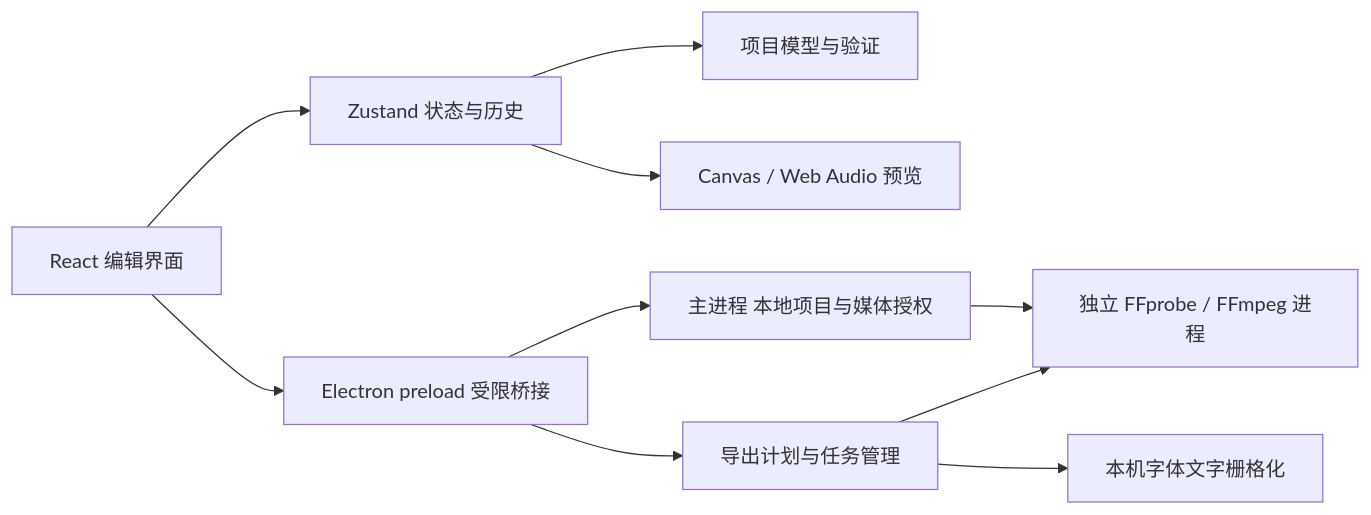
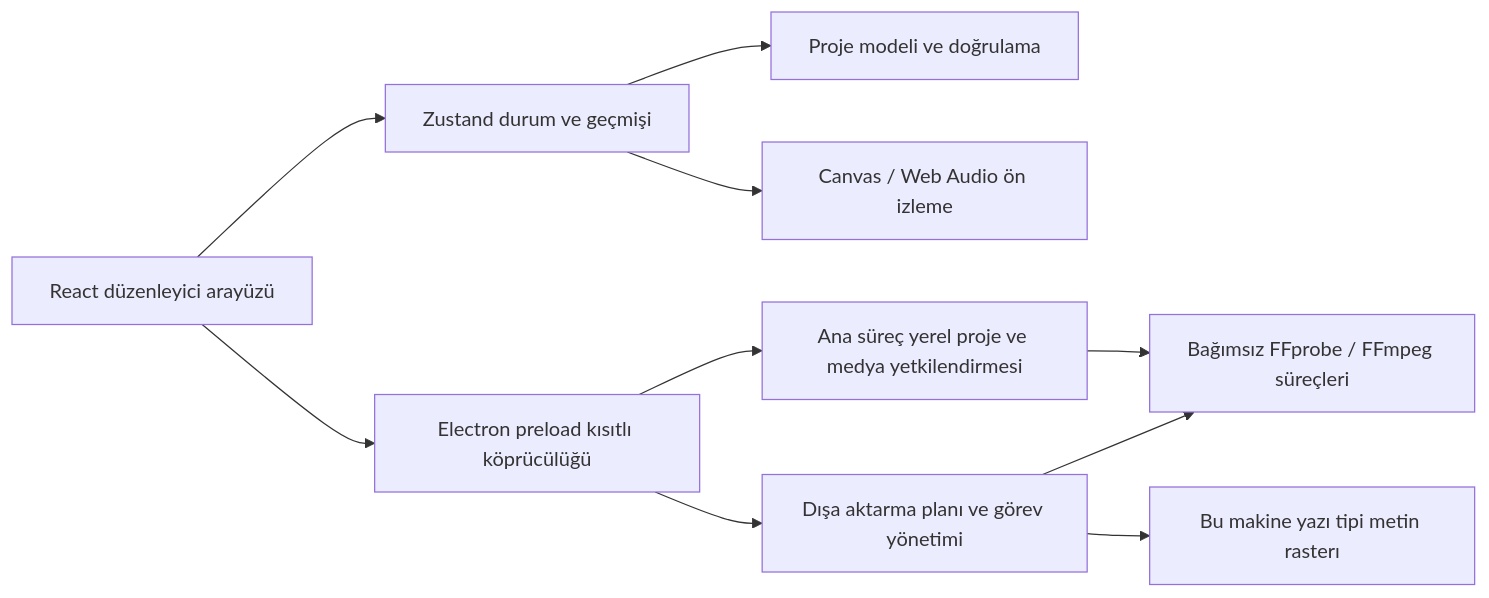
The diagram in docs/ARCHITECTURE.md (sonosmanli55/CevikEdit), drawn with Mermaid before and after one commit. The commit also changed other lines of this file and 166 other files, not shown here.

````diff
--- a/docs/ARCHITECTURE.md
+++ b/docs/ARCHITECTURE.md
@@ -5,12 +5,12 @@
 ```mermaid
 flowchart LR
-    UI[React 编辑界面] --> Store[Zustand 状态与历史]
-    Store --> Core[项目模型与验证]
-    Store --> Preview[Canvas / Web Audio 预览]
-    UI --> Bridge[Electron preload 受限桥接]
-    Bridge --> Files[主进程 本地项目与媒体授权]
-    Files --> Probe[独立 FFprobe / FFmpeg 进程]
-    Bridge --> Export[导出计划与任务管理]
+    UI[React düzenleyici arayüzü] --> Store[Zustand durum ve geçmişi]
+    Store --> Core[Proje modeli ve doğrulama]
+    Store --> Preview[Canvas / Web Audio ön izleme]
+    UI --> Bridge[Electron preload kısıtlı köprücülüğü]
+    Bridge --> Files[Ana süreç yerel proje ve medya yetkilendirmesi]
+    Files --> Probe[Bağımsız FFprobe / FFmpeg süreçleri]
+    Bridge --> Export[Dışa aktarma planı ve görev yönetimi]
     Export --> Probe
-    Export --> Canvas[本机字体文字栅格化]
+    Export --> Canvas[Bu makine yazı tipi metin rasterı]
 ```
````
